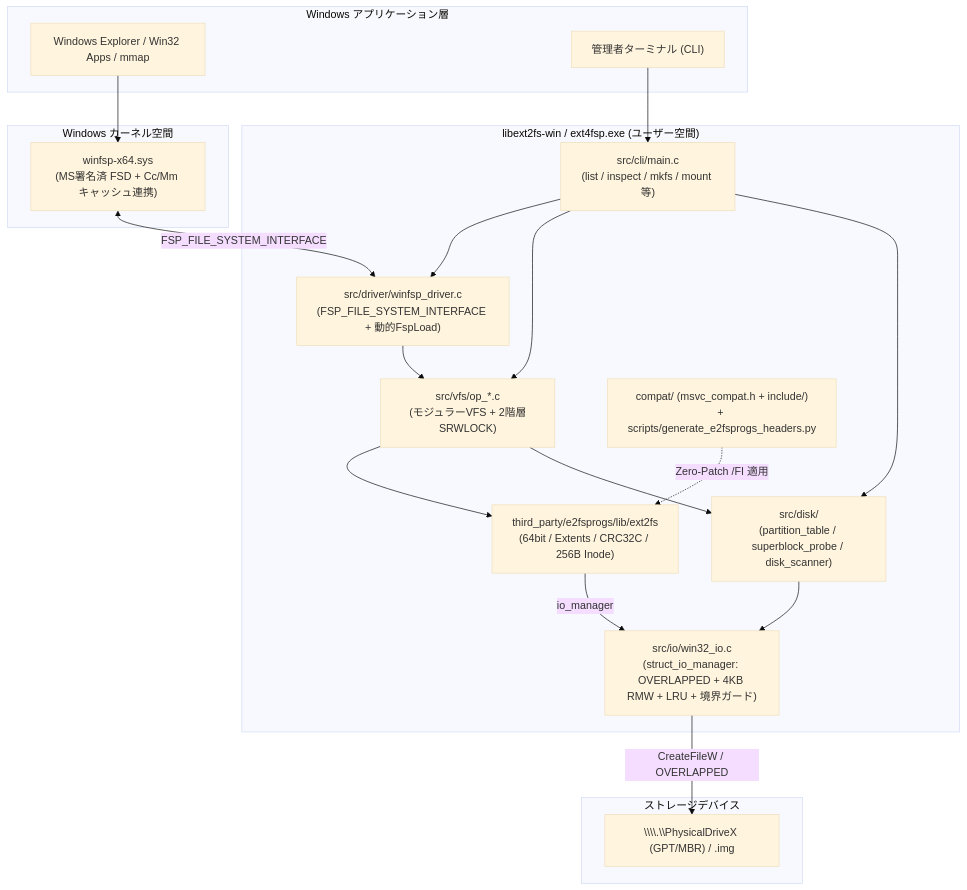
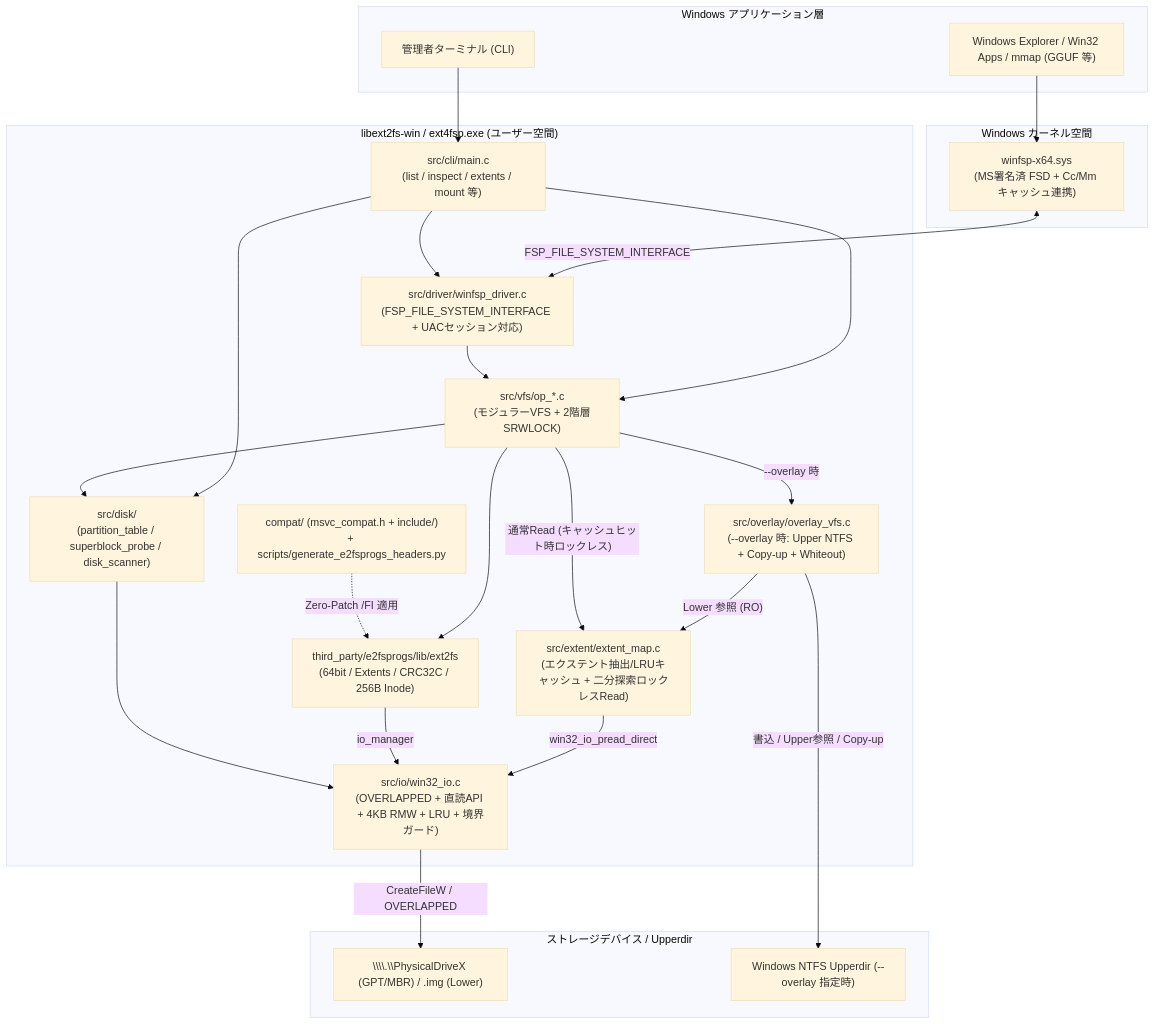
Before and after one commit to totatake/ZeroExt: the first of 2 diagrams in docs/architecture.md, drawn with Mermaid (base theme). The commit also changed other lines of this file and 30 other files, not shown here.

Commit message:
feat(vfs): add lockless direct extent I/O engine and NTFS overlay mount

````diff
--- a/docs/architecture.md
+++ b/docs/architecture.md
@@ -9,39 +9,47 @@
 ```mermaid
 flowchart TD
     subgraph UserApps["Windows アプリケーション層"]
-        Exp["Windows Explorer / Win32 Apps / mmap"]
+        Exp["Windows Explorer / Win32 Apps / mmap (GGUF 等)"]
         CliUser["管理者ターミナル (CLI)"]
     end
 
     subgraph Kernel["Windows カーネル空間"]
         WinFspSys["winfsp-x64.sys\n(MS署名済 FSD + Cc/Mm キャッシュ連携)"]
     end
 
     subgraph DriverExe["libext2fs-win / ext4fsp.exe (ユーザー空間)"]
-        CLI["src/cli/main.c\n(list / inspect / mkfs / mount 等)"]
-        WinFspDrv["src/driver/winfsp_driver.c\n(FSP_FILE_SYSTEM_INTERFACE + 動的FspLoad)"]
+        CLI["src/cli/main.c\n(list / inspect / extents / mount 等)"]
+        WinFspDrv["src/driver/winfsp_driver.c\n(FSP_FILE_SYSTEM_INTERFACE + UACセッション対応)"]
+        Overlay["src/overlay/overlay_vfs.c\n(--overlay 時: Upper NTFS + Copy-up + Whiteout)"]
         VFS["src/vfs/op_*.c\n(モジュラーVFS + 2階層SRWLOCK)"]
+        Extent["src/extent/extent_map.c\n(エクステント抽出/LRUキャッシュ + 二分探索ロックレスRead)"]
         Disk["src/disk/\n(partition_table / superblock_probe / disk_scanner)"]
         LibExt2["third_party/e2fsprogs/lib/ext2fs\n(64bit / Extents / CRC32C / 256B Inode)"]
         Compat["compat/ (msvc_compat.h + include/)\n+ scripts/generate_e2fsprogs_headers.py"]
-        Win32IO["src/io/win32_io.c\n(struct_io_manager: OVERLAPPED + 4KB RMW + LRU + 境界ガード)"]
+        Win32IO["src/io/win32_io.c\n(OVERLAPPED + 直読API + 4KB RMW + LRU + 境界ガード)"]
     end
 
-    subgraph Storage["ストレージデバイス"]
-        Phys["\\\\.\\PhysicalDriveX (GPT/MBR) / .img"]
+    subgraph Storage["ストレージデバイス / Upperdir"]
+        Phys["\\\\.\\PhysicalDriveX (GPT/MBR) / .img (Lower)"]
+        NtfsUpper["Windows NTFS Upperdir (--overlay 指定時)"]
     end
 
     Exp --> WinFspSys
     WinFspSys <-->|"FSP_FILE_SYSTEM_INTERFACE"| WinFspDrv
     CliUser --> CLI
     CLI --> Disk
     CLI --> VFS
     CLI --> WinFspDrv
     WinFspDrv --> VFS
+    VFS -->|"--overlay 時"| Overlay
+    Overlay -->|"書込 / Upper参照 / Copy-up"| NtfsUpper
+    Overlay -->|"Lower 参照 (RO)"| Extent
+    VFS -->|"通常Read (キャッシュヒット時ロックレス)"| Extent
     VFS --> Disk
     VFS --> LibExt2
     Compat -.->|"Zero-Patch /FI 適用"| LibExt2
+    Extent -->|"win32_io_pread_direct"| Win32IO
     LibExt2 -->|"io_manager"| Win32IO
     Disk --> Win32IO
     Win32IO -->|"CreateFileW / OVERLAPPED"| Phys
 ```
````
